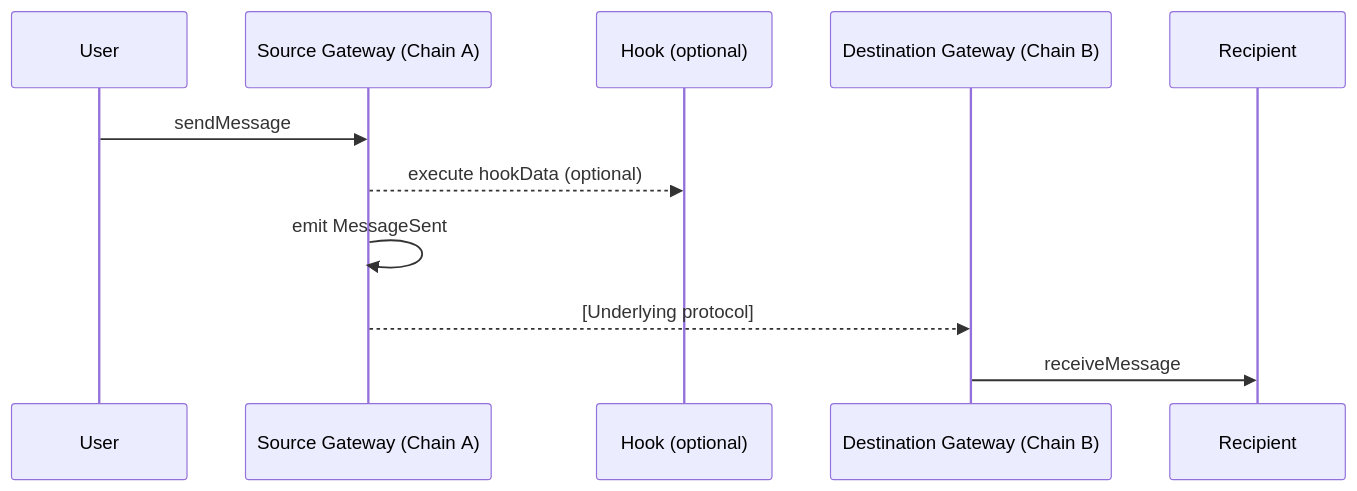
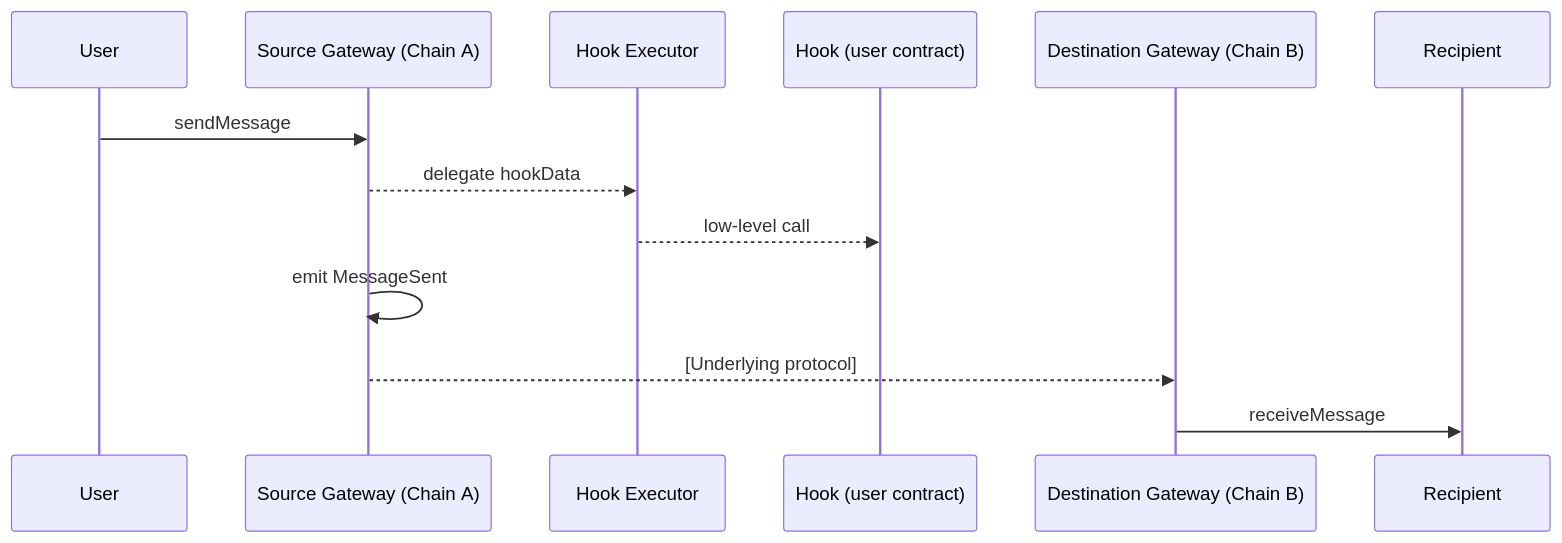
One commit to ethereum/ERCs changed the diagram in ERCS/erc-7786.md. Above: the diagram before and after it, drawn with Mermaid. The commit also changed other lines of this file, not shown here.

Commit message:
add message context getter and hook executor requirements

````diff
--- a/ERCS/erc-7786.md
+++ b/ERCS/erc-7786.md
@@ -143,14 +157,16 @@
 ```mermaid
 sequenceDiagram
     participant User
     participant GatewayA as Source Gateway (Chain A)
-    participant Hook as Hook (optional)
+    participant Executor as Hook Executor
+    participant Hook as Hook (user contract)
     participant GatewayB as Destination Gateway (Chain B)
     participant Receiver as Recipient
 
     User->>GatewayA: sendMessage
-    GatewayA-->>Hook: execute hookData (optional)
+    GatewayA-->>Executor: delegate hookData
+    Executor-->>Hook: low-level call
     GatewayA->>GatewayA: emit MessageSent
     GatewayA-->>GatewayB: [Underlying protocol]
     GatewayB->>Receiver: receiveMessage
 ```
````
